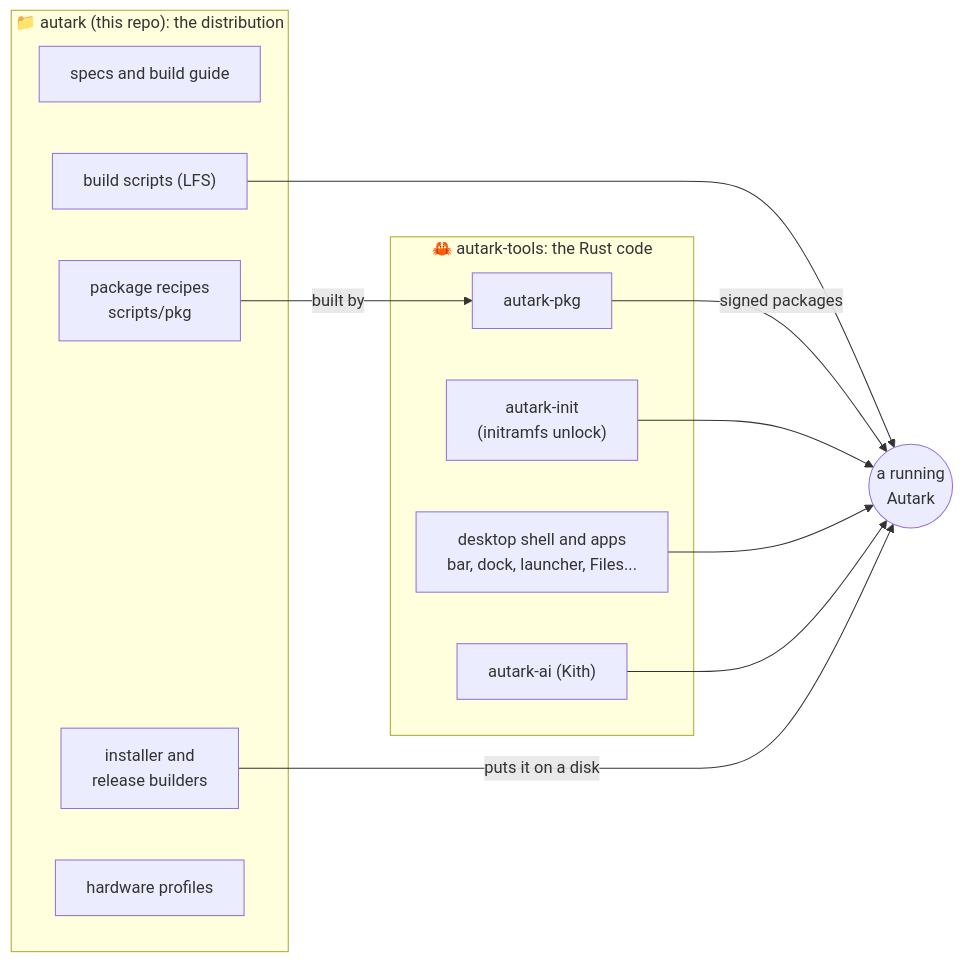
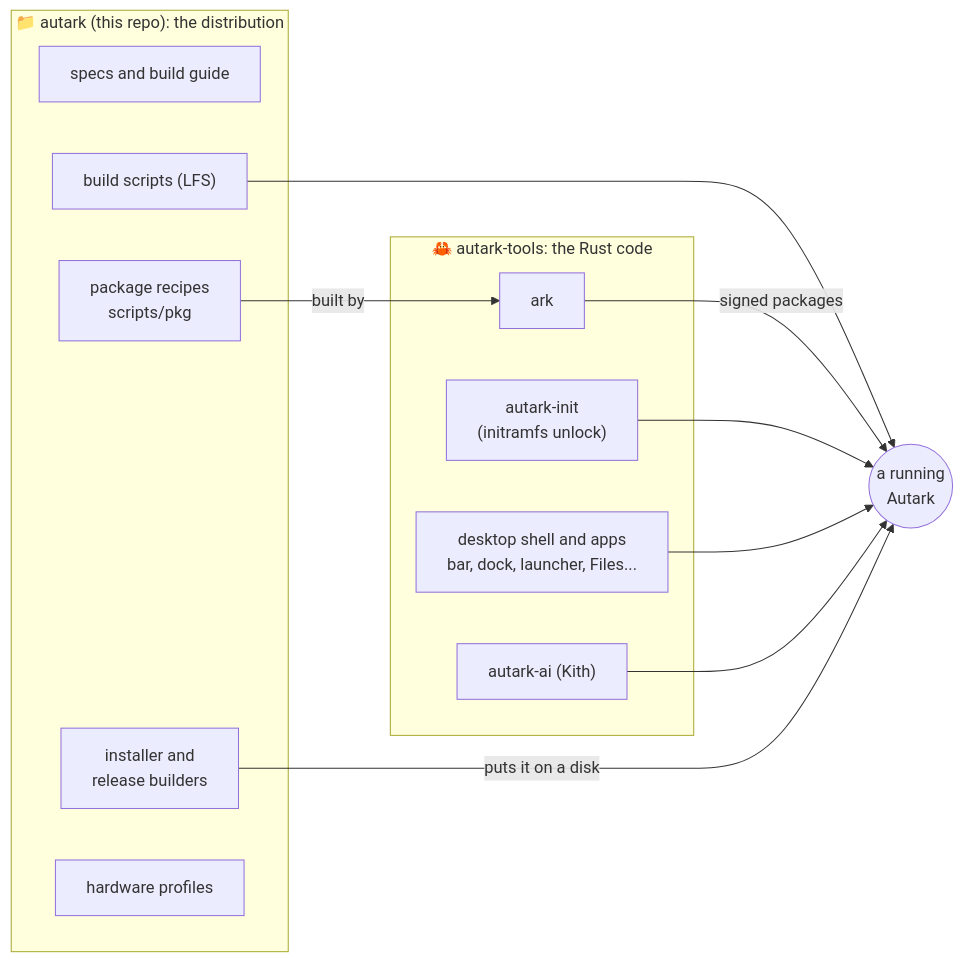
The first of 3 diagrams in README.md (Seuketchi/autark), drawn with Mermaid before and after one commit. The commit also changed other lines of this file and 22 other files, not shown here.

First line of the commit message:
Rename the autark-pkg command to ark

````diff
--- a/README.md
+++ b/README.md
@@ -46,23 +46,23 @@
 ```mermaid
 flowchart LR
   subgraph A["📁 autark (this repo): the distribution"]
     specs["specs and build guide"]
     scripts["build scripts (LFS)"]
     recipes["package recipes<br>scripts/pkg"]
     installer["installer and<br>release builders"]
     hw["hardware profiles"]
   end
   subgraph T["🦀 autark-tools: the Rust code"]
-    pkg["autark-pkg"]
+    pkg["ark"]
     init["autark-init<br>(initramfs unlock)"]
     shell["desktop shell and apps<br>bar, dock, launcher, Files..."]
     ai["autark-ai (Kith)"]
   end
   recipes -->|"built by"| pkg
   pkg -->|"signed packages"| system(("a running<br>Autark"))
   scripts --> system
   installer -->|"puts it on a disk"| system
   shell --> system
   ai --> system
   init --> system
 ```
````
